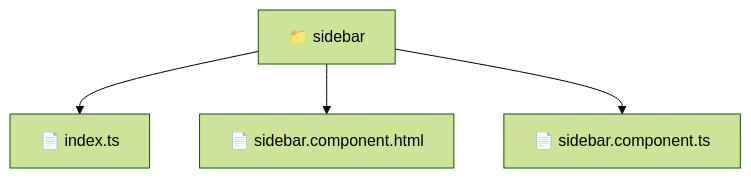
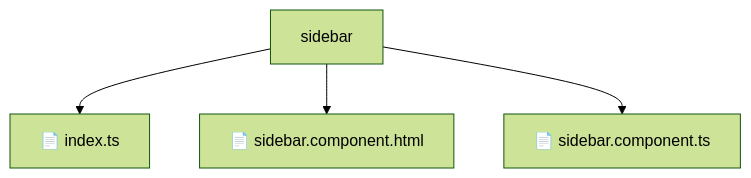
One commit to beginwebdev2002/fullstack-mavluda changed the diagram in frontend/src/widgets/sidebar/README.md. Above: the diagram before and after it, drawn with Mermaid (forest theme). The commit also changed other lines of this file and 155 other files, not shown here.

````diff
--- a/frontend/src/widgets/sidebar/README.md
+++ b/frontend/src/widgets/sidebar/README.md
@@ -10,7 +14,7 @@
 ```mermaid
 graph TD
-  Root["📁 sidebar"]
-  Root --> indexts["📄 index.ts"]
-  Root --> sidebarcomponenthtml["📄 sidebar.component.html"]
-  Root --> sidebarcomponentts["📄 sidebar.component.ts"]
+    Root[sidebar]
+    Root --> F0[📄 index.ts]
+    Root --> F1[📄 sidebar.component.html]
+    Root --> F2[📄 sidebar.component.ts]
 ```
````
